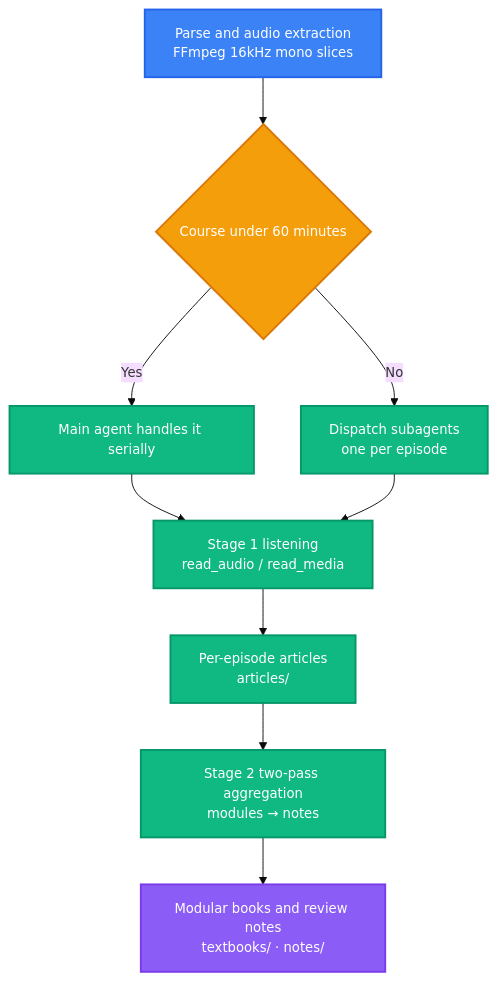
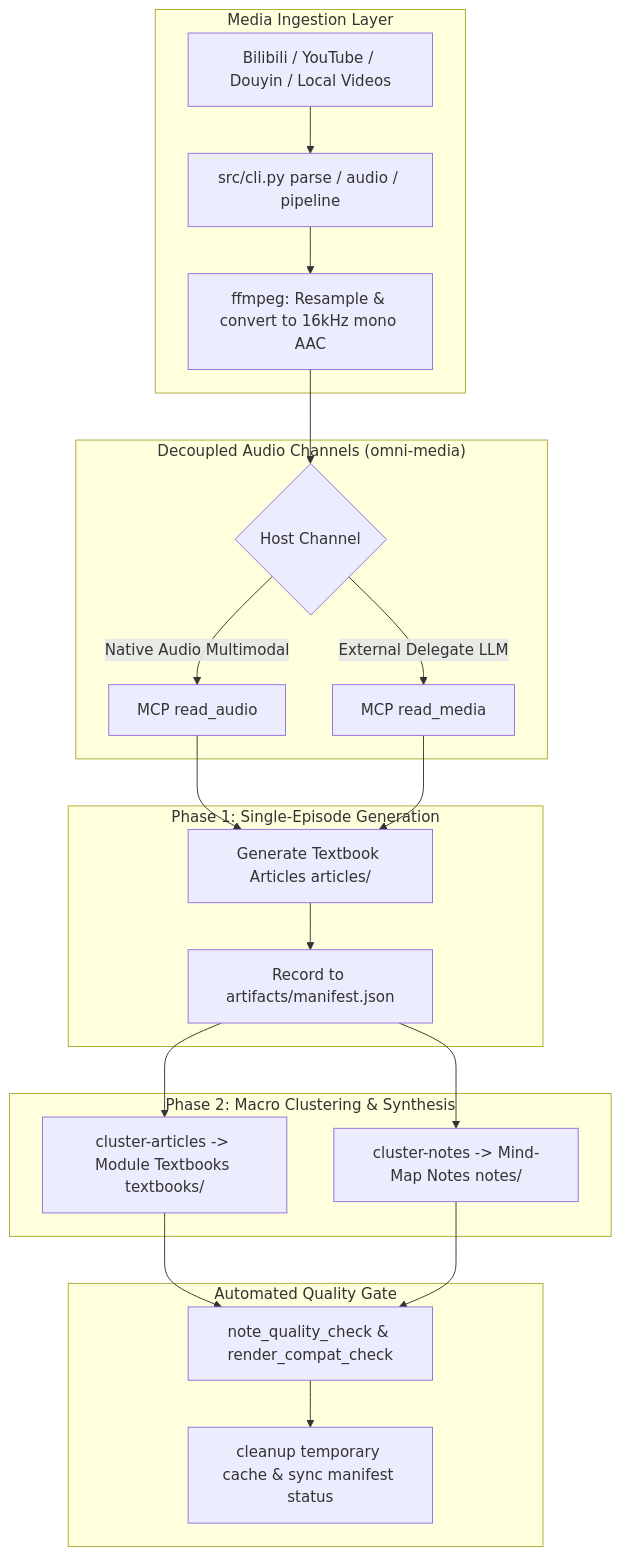
Before and after one commit to LINJIANG12/bili-video2book: the diagram in README.en.md, drawn with Mermaid. The commit also changed other lines of this file and 1 other file, not shown here.

Commit message:
docs(readme): 按 general-readme-skill 规范重构中英 README（三轨交付 + 架构流程图 + CLI 全量速查）

````diff
--- a/README.en.md
+++ b/README.en.md
@@ -142,22 +89,30 @@
 ```mermaid
-%%{init: {'theme': 'base', 'themeVariables': {'fontSize': '14px'}}}%%
 flowchart TD
-    A[Parse and audio extraction<br/>FFmpeg 16kHz mono slices] --> B{Course under 60 minutes}
-    B -->|Yes| C[Main agent handles it serially]
-    B -->|No| D[Dispatch subagents<br/>one per episode]
-    C --> E[Stage 1 listening<br/>read_audio / read_media]
-    D --> E
-    E --> F[Per-episode articles<br/>articles/]
-    F --> G[Stage 2 two-pass aggregation<br/>modules → notes]
-    G --> H[Modular books and review notes<br/>textbooks/ · notes/]
+    subgraph Ingestion["Media Ingestion Layer"]
+        A[Bilibili / YouTube / Douyin / Local Videos] --> B[src/cli.py parse / audio / pipeline]
+        B --> C[ffmpeg: Resample & convert to 16kHz mono AAC]
+    end
 
-    classDef start fill:#3B82F6,stroke:#2563EB,color:#fff,stroke-width:2px
-    classDef process fill:#10B981,stroke:#059669,color:#fff,stroke-width:2px
-    classDef decision fill:#F59E0B,stroke:#D97706,color:#fff,stroke-width:2px
-    classDef data fill:#8B5CF6,stroke:#7C3AED,color:#fff,stroke-width:2px
+    subgraph AudioEngine["Decoupled Audio Channels (omni-media)"]
+        C --> D{Host Channel}
+        D -->|Native Audio Multimodal| E[MCP read_audio]
+        D -->|External Delegate LLM| F[MCP read_media]
+    end
 
-    class A start
-    class C,D,E,F,G process
-    class B decision
-    class H data
+    subgraph PhaseOne["Phase 1: Single-Episode Generation"]
+        E --> G[Generate Textbook Articles articles/]
+        F --> G
+        G --> H[Record to artifacts/manifest.json]
+    end
+
+    subgraph PhaseTwo["Phase 2: Macro Clustering & Synthesis"]
+        H --> I[cluster-articles -> Module Textbooks textbooks/]
+        H --> J[cluster-notes -> Mind-Map Notes notes/]
+    end
+
+    subgraph Gate["Automated Quality Gate"]
+        I --> K[note_quality_check & render_compat_check]
+        J --> K
+        K --> L[cleanup temporary cache & sync manifest status]
+    end
 ```
````
